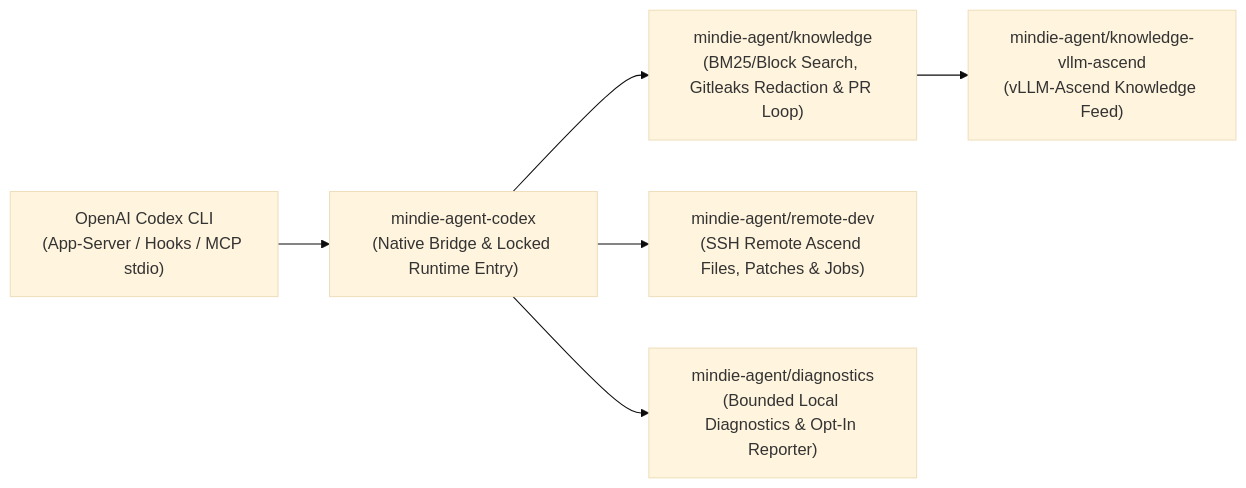
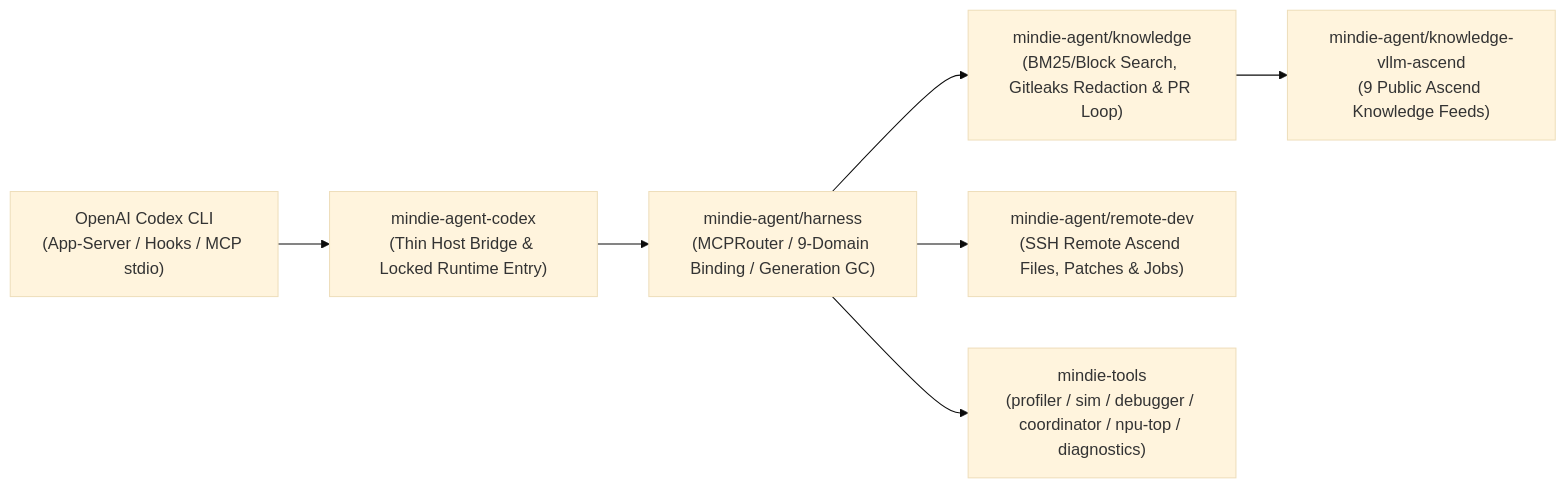
One commit to Orla-see/mindie-agent-codex changed the diagram in README.en.md. Above: the diagram before and after it, drawn with Mermaid (base theme). The commit also changed other lines of this file and 43 other files, not shown here.

First line of the commit message:
fix(substrate,lock): delegate 9-domain binding to harness v0.1.5 & pin 9-package runtime (v0.1.40) (#134)

````diff
--- a/README.en.md
+++ b/README.en.md
@@ -166,8 +166,9 @@
 ```mermaid
 flowchart LR
-  Codex["OpenAI Codex CLI<br/>(App-Server / Hooks / MCP stdio)"] --> Entry["mindie-agent-codex<br/>(Native Bridge & Locked Runtime Entry)"]
-  Entry --> Knowledge["mindie-agent/knowledge<br/>(BM25/Block Search, Gitleaks Redaction & PR Loop)"]
-  Knowledge --> Feed["mindie-agent/knowledge-vllm-ascend<br/>(vLLM-Ascend Knowledge Feed)"]
-  Entry --> RemoteDev["mindie-agent/remote-dev<br/>(SSH Remote Ascend Files, Patches & Jobs)"]
-  Entry --> Diagnostics["mindie-agent/diagnostics<br/>(Bounded Local Diagnostics & Opt-In Reporter)"]
+  Codex["OpenAI Codex CLI<br/>(App-Server / Hooks / MCP stdio)"] --> Entry["mindie-agent-codex<br/>(Thin Host Bridge & Locked Runtime Entry)"]
+  Entry --> Harness["mindie-agent/harness<br/>(MCPRouter / 9-Domain Binding / Generation GC)"]
+  Harness --> Knowledge["mindie-agent/knowledge<br/>(BM25/Block Search, Gitleaks Redaction & PR Loop)"]
+  Knowledge --> Feed["mindie-agent/knowledge-vllm-ascend<br/>(9 Public Ascend Knowledge Feeds)"]
+  Harness --> RemoteDev["mindie-agent/remote-dev<br/>(SSH Remote Ascend Files, Patches & Jobs)"]
+  Harness --> Tools["mindie-tools<br/>(profiler / sim / debugger / coordinator / npu-top / diagnostics)"]
 ```
````
